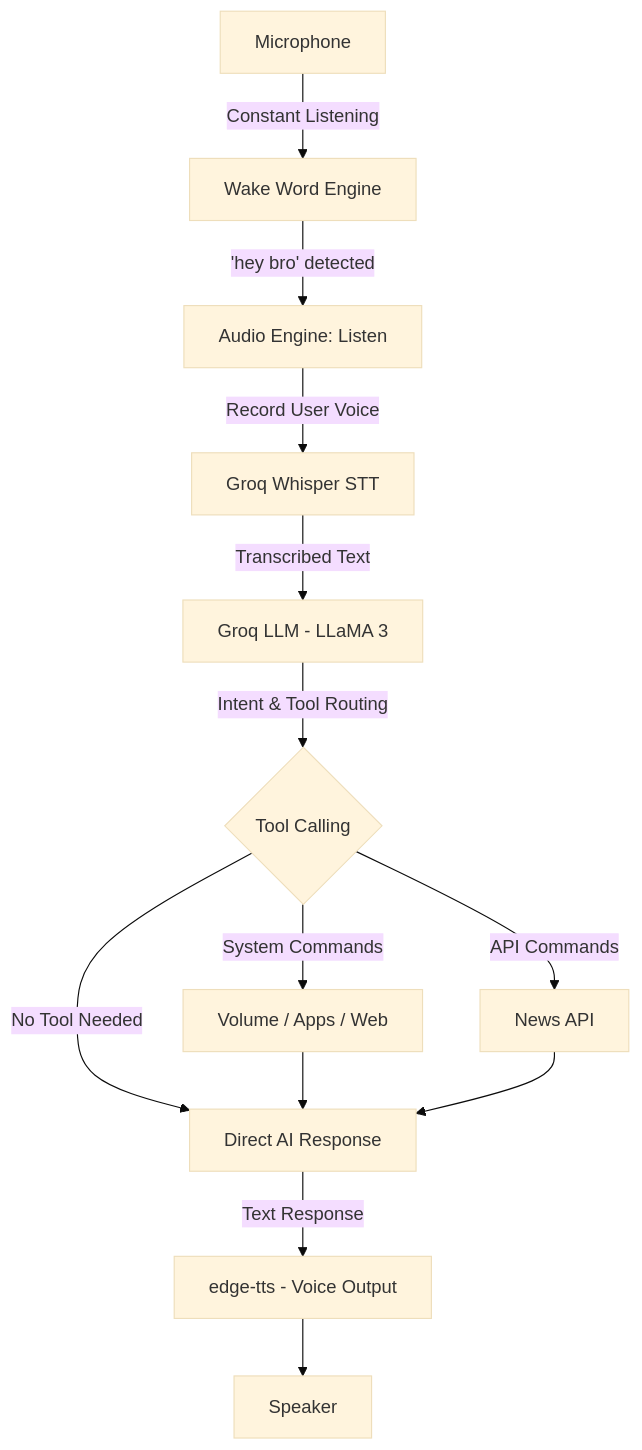
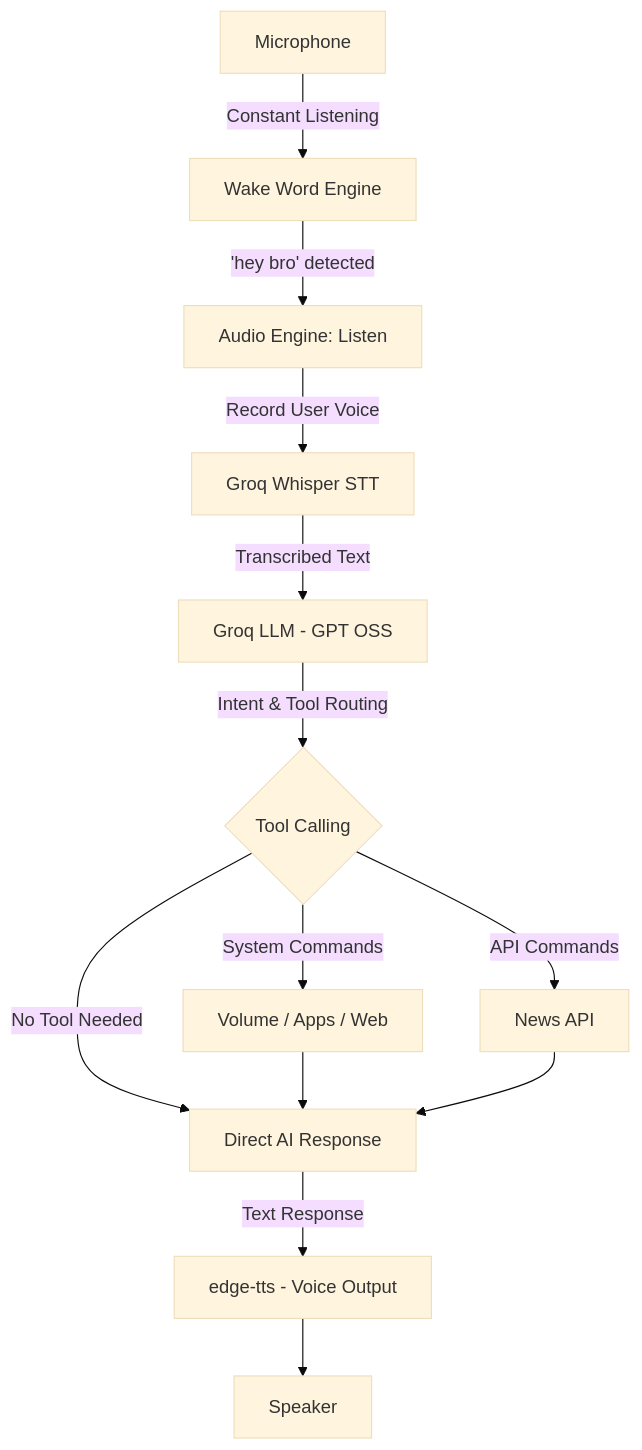
One commit to pratyush06-aec/BRO changed the diagram in README.md. Above: the diagram before and after it, drawn with Mermaid (base theme). The commit also changed other lines of this file and 9 other files, not shown here.

````diff
--- a/README.md
+++ b/README.md
@@ -26,15 +26,15 @@
 ```mermaid
 graph TD
     A[Microphone] -->|Constant Listening| B[Wake Word Engine]
     B -->|'hey bro' detected| C[Audio Engine: Listen]
     C -->|Record User Voice| D[Groq Whisper STT]
-    D -->|Transcribed Text| E[Groq LLM - LLaMA 3]
+    D -->|Transcribed Text| E[Groq LLM - GPT OSS]
     E -->|Intent & Tool Routing| F{Tool Calling}
     F -->|System Commands| G[Volume / Apps / Web]
     F -->|API Commands| H[News API]
     F -->|No Tool Needed| I[Direct AI Response]
     G --> I
     H --> I
     I -->|Text Response| J[edge-tts - Voice Output]
     J --> K[Speaker]
 ```
````
